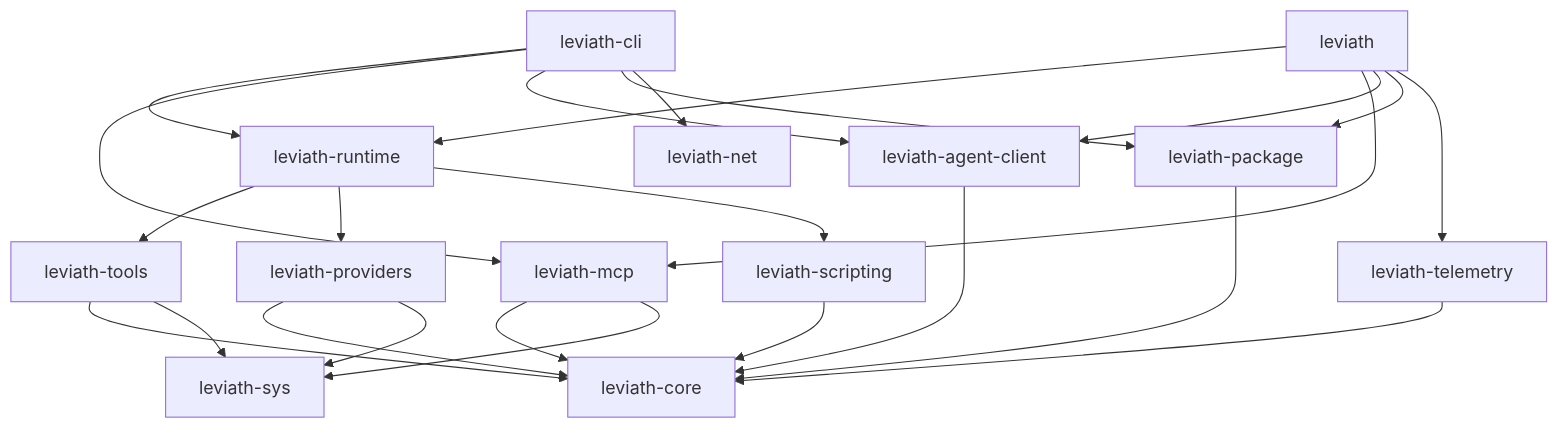
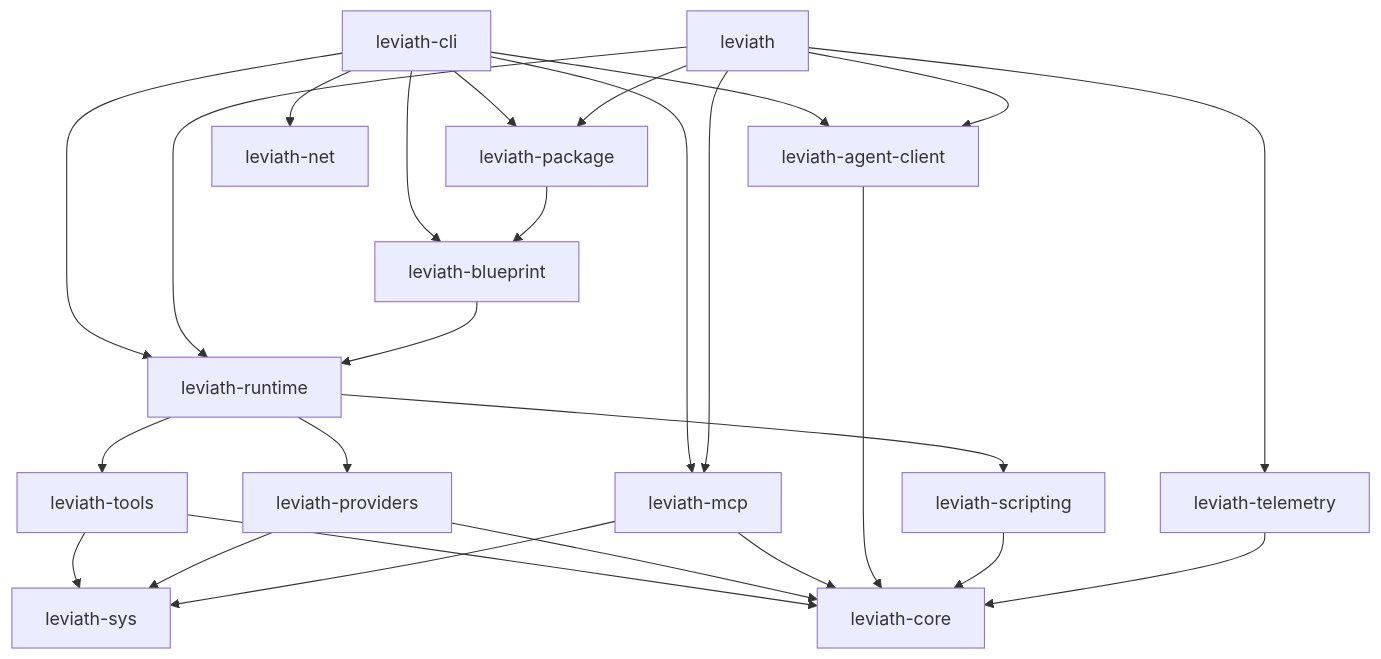
One commit to GEMISIS/leviath changed the diagram in README.md. Above: the diagram before and after it, drawn with Mermaid. The commit also changed other lines of this file and 19 other files, not shown here.

````diff
--- a/README.md
+++ b/README.md
@@ -312,40 +312,43 @@
 ```mermaid
 graph TD
     CLI["leviath-cli"]
     LIB["leviath"]
     RT["leviath-runtime"]
     TOOLS["leviath-tools"]
     PROV["leviath-providers"]
     CORE["leviath-core"]
     MCP["leviath-mcp"]
     ACP["leviath-agent-client"]
+    BP["leviath-blueprint"]
     PKG["leviath-package"]
     SCRIPT["leviath-scripting"]
     TELEM["leviath-telemetry"]
     NET["leviath-net"]
     SYS["leviath-sys"]
 
     CLI --> RT
     CLI --> MCP
     CLI --> ACP
+    CLI --> BP
     CLI --> PKG
     CLI --> NET
     LIB --> RT
     LIB --> MCP
     LIB --> ACP
     LIB --> PKG
     LIB --> TELEM
     RT --> TOOLS
     RT --> PROV
     RT --> SCRIPT
     TOOLS --> CORE
     TOOLS --> SYS
     PROV --> CORE
     PROV --> SYS
     MCP --> CORE
     MCP --> SYS
     ACP --> CORE
-    PKG --> CORE
+    PKG --> BP
+    BP --> RT
     SCRIPT --> CORE
     TELEM --> CORE
 ```
````
